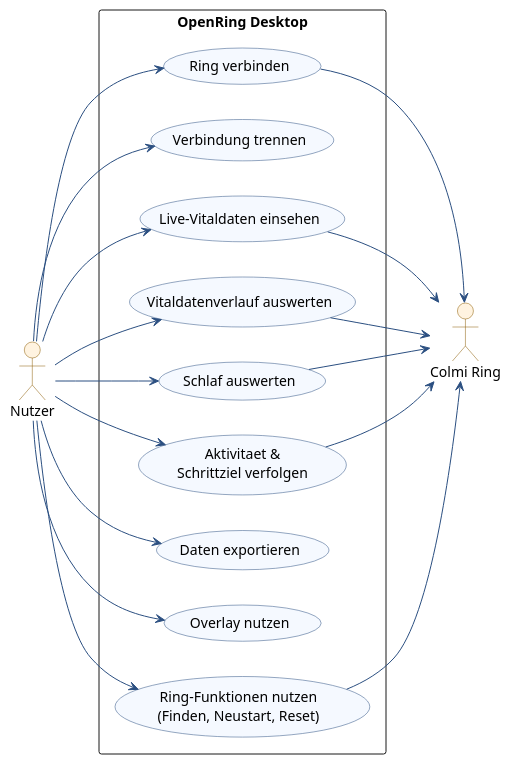
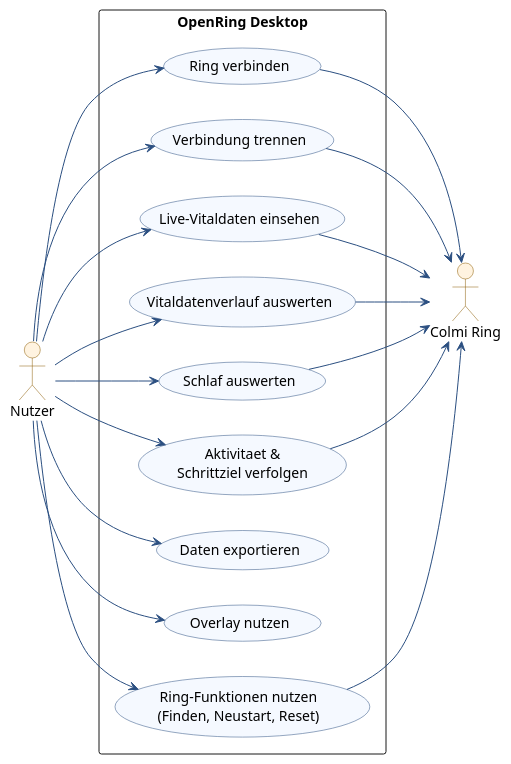
The diagram in specs/use-case-diagram.puml (mkraska06/openring-dashboard), drawn with PlantUML before and after one commit.

Commit message:
diagramm fix

```diff
--- a/specs/use-case-diagram.puml
+++ b/specs/use-case-diagram.puml
@@ -1,63 +1,64 @@
 @startuml OpenRing-Desktop-Anwendungsfalldiagramm
 ' ===========================================================
 ' Anwendungsfalldiagramm: OpenRing Desktop
 ' Kompakte, zielorientierte Sicht auf die Anwendungsfaelle.
 ' ===========================================================
 
 skinparam backgroundColor #FFFFFF
 skinparam usecase {
     BackgroundColor #F5F9FF
     BorderColor #2B4F81
     ArrowColor #2B4F81
 }
 skinparam actor {
     BackgroundColor #FFF3E0
     BorderColor #8A5A00
 }
 skinparam packageStyle rectangle
 left to right direction
 
 actor "Nutzer" as User
 actor "Colmi Ring" as Ring
 
 rectangle "OpenRing Desktop" {
 
     usecase "Ring verbinden"                as UC_Connect
     usecase "Verbindung trennen"            as UC_Disconnect
 
     usecase "Live-Vitaldaten einsehen"      as UC_Live
     usecase "Vitaldatenverlauf auswerten"   as UC_History
     usecase "Schlaf auswerten"              as UC_Sleep
     usecase "Aktivitaet &\nSchrittziel verfolgen" as UC_Activity
 
     usecase "Daten exportieren"             as UC_Export
 
     usecase "Overlay nutzen"                as UC_Overlay
 
 
     usecase "Ring-Funktionen nutzen\n(Finden, Neustart, Reset)" as UC_Device
 
 
 }
 
 ' === Nutzer ===
 User --> UC_Connect
 User --> UC_Disconnect
 User --> UC_Live
 User --> UC_History
 User --> UC_Sleep
 User --> UC_Activity
 User --> UC_Export
 User --> UC_Overlay
 User --> UC_Device
 
 
 ' === Colmi Ring (nur dort, wo BLE-Kommunikation zwingend ist) ===
 UC_Connect  --> Ring
+UC_Disconnect --> Ring
 UC_Live     --> Ring
 UC_History  --> Ring
 UC_Sleep    --> Ring
 UC_Activity --> Ring
 UC_Device   --> Ring
 
 @enduml
```
